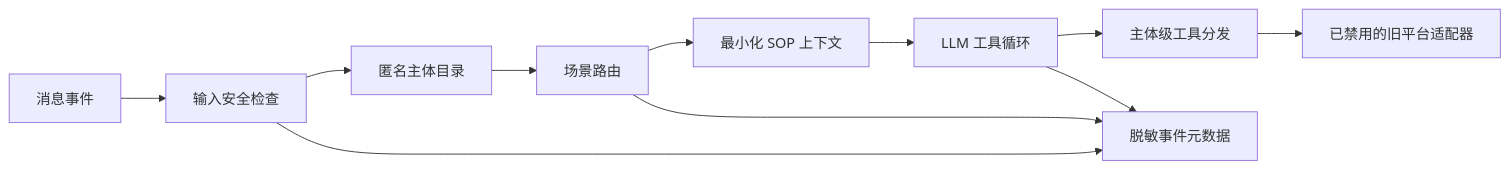
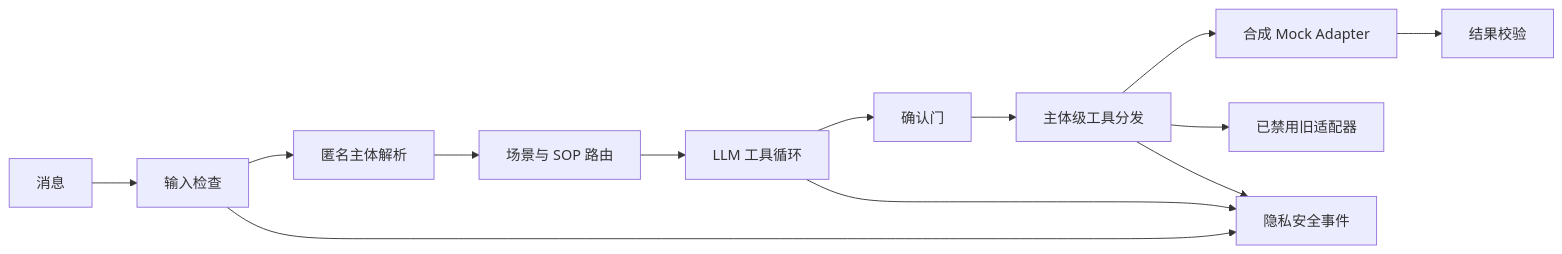
One commit to WandsgYu/sport-ai changed the diagram in README.zh-CN.md. Above: the diagram before and after it, drawn with Mermaid. The commit also changed other lines of this file and 19 other files, not shown here.

````diff
--- a/README.zh-CN.md
+++ b/README.zh-CN.md
@@ -52,13 +43,15 @@
 ```mermaid
 flowchart LR
-    A["消息事件"] --> B["输入安全检查"]
-    B --> C["匿名主体目录"]
-    C --> D["场景路由"]
-    D --> E["最小化 SOP 上下文"]
-    E --> F["LLM 工具循环"]
+    A["消息"] --> B["输入检查"]
+    B --> C["匿名主体解析"]
+    C --> D["场景与 SOP 路由"]
+    D --> E["LLM 工具循环"]
+    E --> F["确认门"]
     F --> G["主体级工具分发"]
-    G --> H["已禁用的旧平台适配器"]
-    B --> I["脱敏事件元数据"]
-    D --> I
-    F --> I
+    G --> H["合成 Mock Adapter"]
+    G --> I["已禁用旧适配器"]
+    H --> J["结果校验"]
+    B --> K["隐私安全事件"]
+    E --> K
+    G --> K
 ```
````
